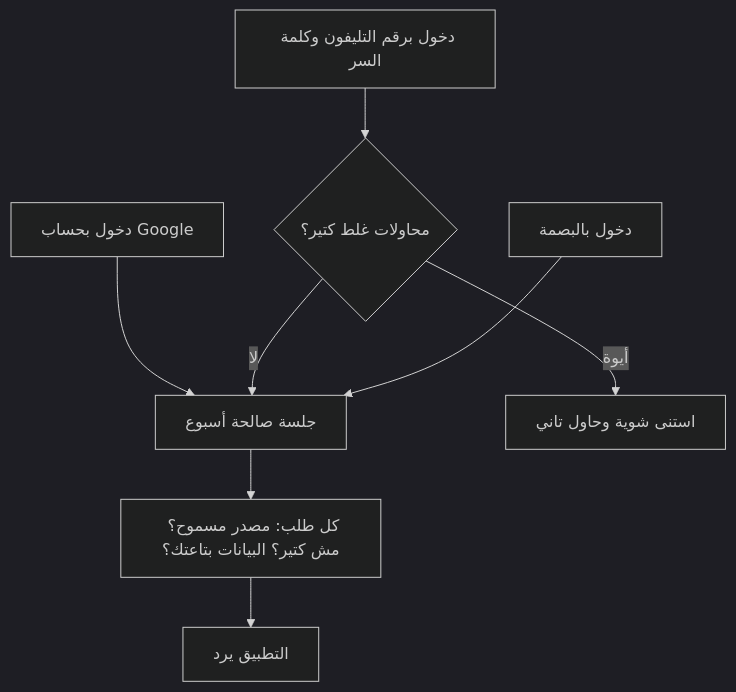
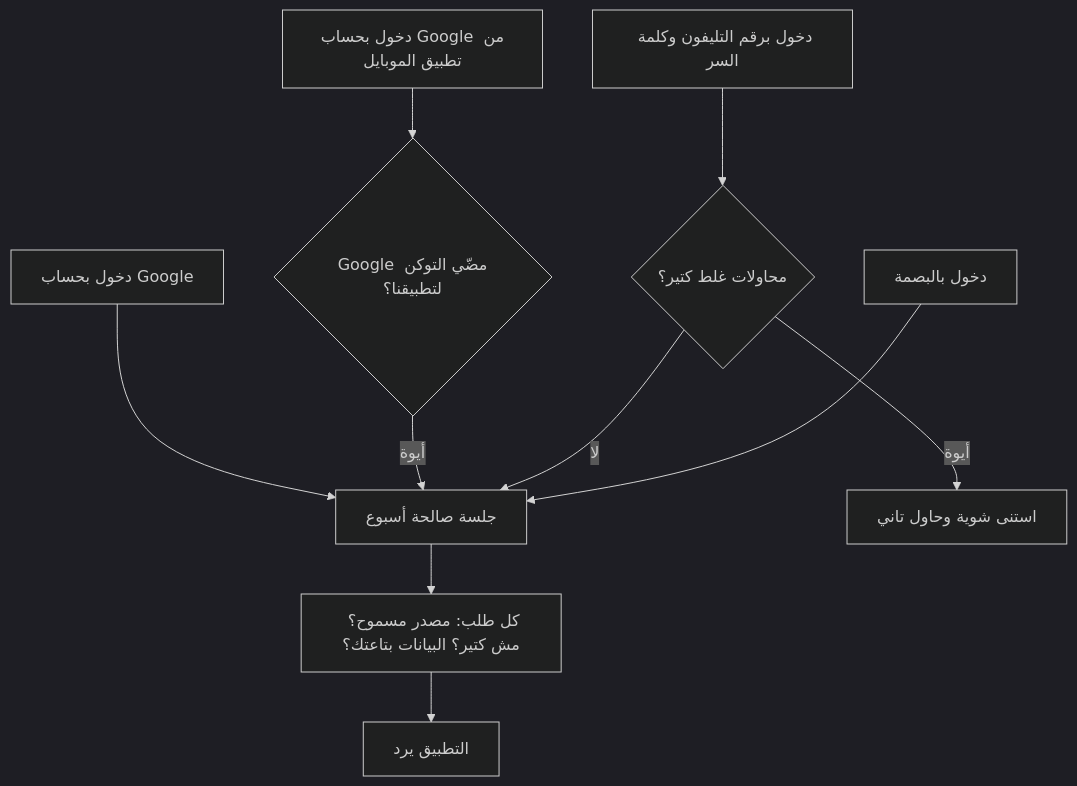
Before and after one commit to mahmoudtaherr111/smartspend_mini_all: the diagram in docs/ar/systems/accounts.md, drawn with Mermaid (dark theme). The commit also changed other lines of this file and 64 other files, not shown here.

````diff
--- a/docs/ar/systems/accounts.md
+++ b/docs/ar/systems/accounts.md
@@ -21,10 +23,12 @@
 ```mermaid
 flowchart TD
   G["دخول بحساب Google"] --> S["جلسة صالحة أسبوع"]
+  M["دخول بحساب Google من تطبيق الموبايل"] --> V{"Google مضّي التوكن لتطبيقنا؟"}
+  V -->|"أيوة"| S
   P["دخول برقم التليفون وكلمة السر"] --> L{"محاولات غلط كتير؟"}
   L -->|"لا"| S
   L -->|"أيوة"| W["استنى شوية وحاول تاني"]
   K["دخول بالبصمة"] --> S
   S --> R["كل طلب: مصدر مسموح؟ مش كتير؟ البيانات بتاعتك؟"]
   R --> A["التطبيق يرد"]
 ```
````
